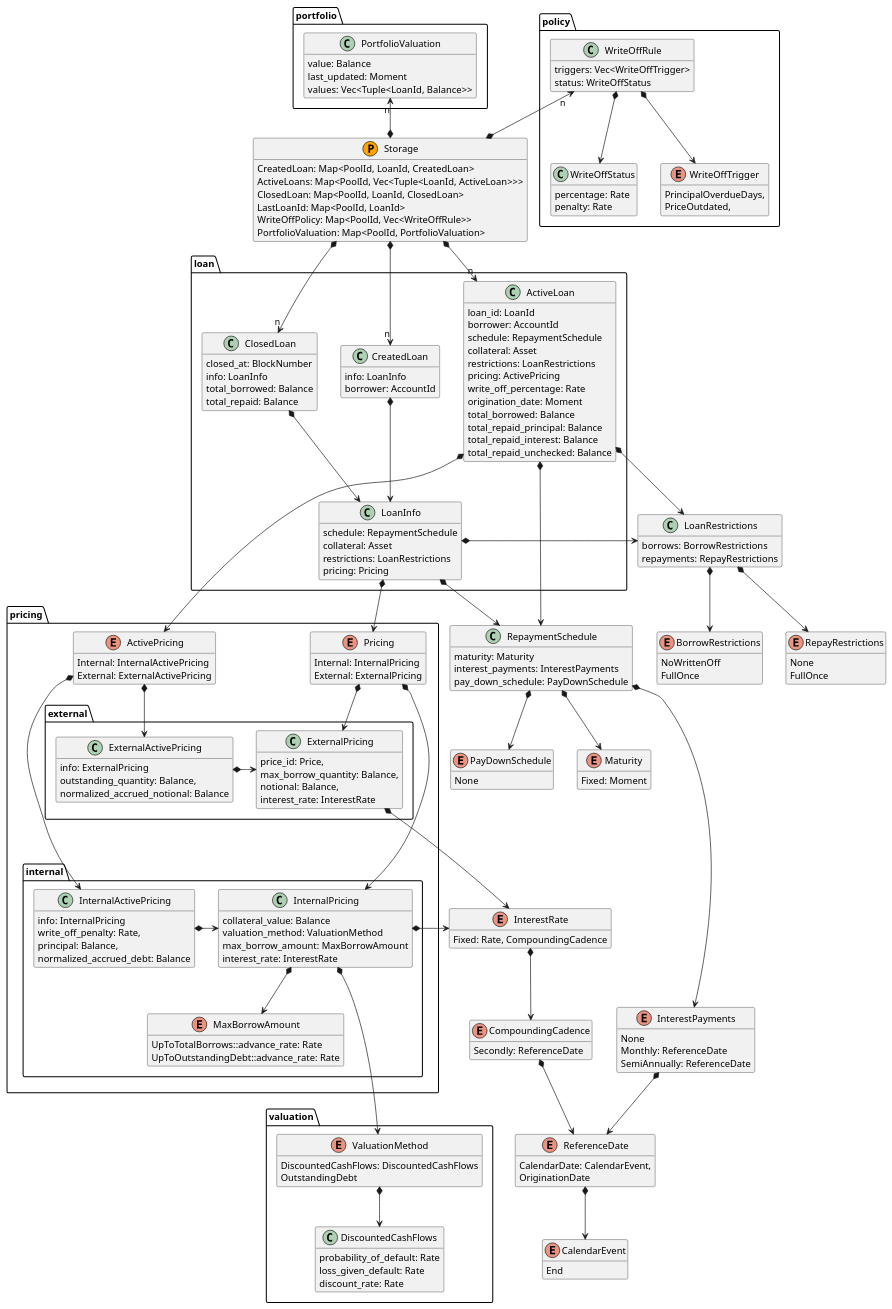
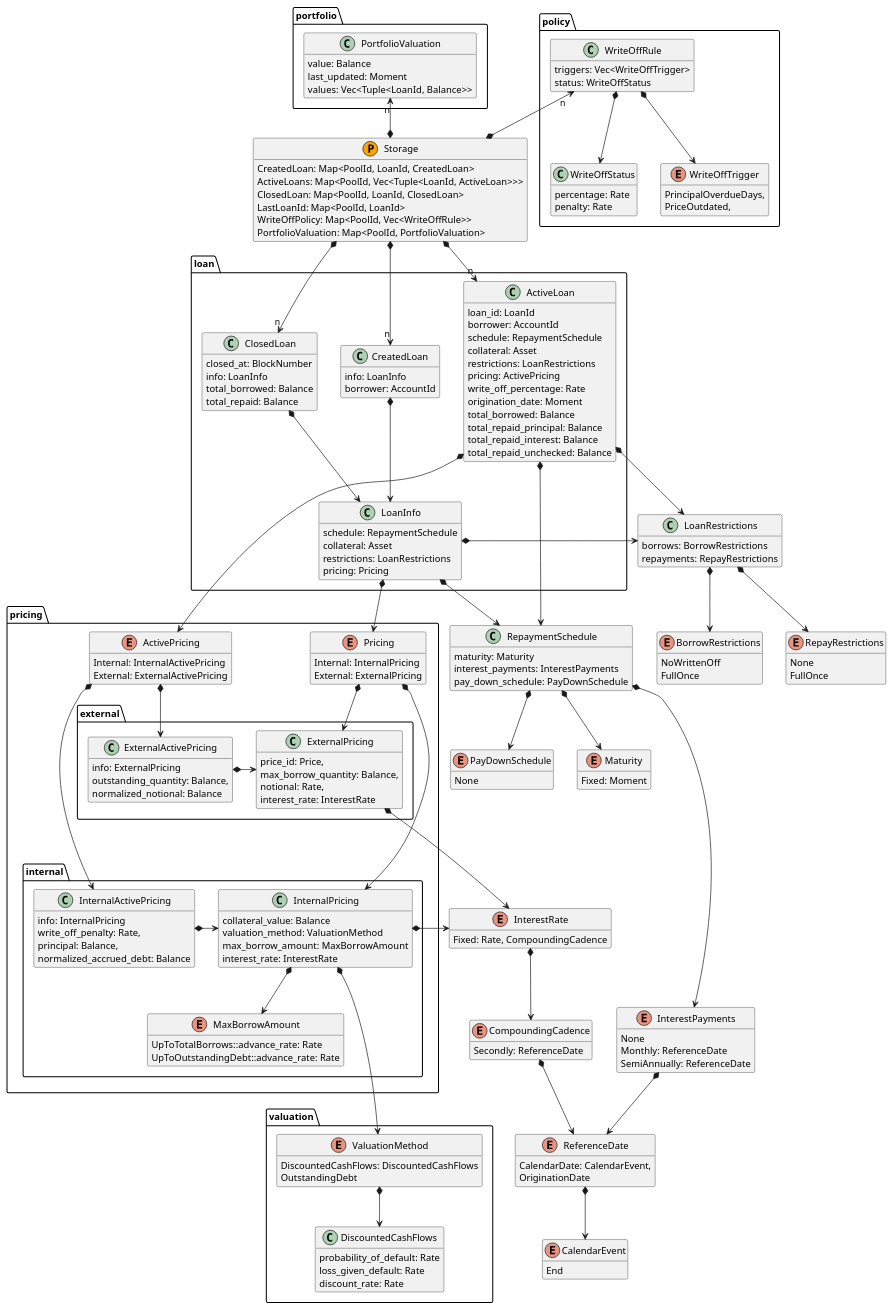
One commit to centrifuge/centrifuge-chain changed the diagram in pallets/loans/docs/types.md. Above: the diagram before and after it, drawn with PlantUML. The commit also changed 4 other files, not shown here.

```diff
--- a/pallets/loans/docs/types.md
+++ b/pallets/loans/docs/types.md
@@ -146,7 +146,7 @@
         class ExternalPricing {
             price_id: Price,
             max_borrow_quantity: Balance,
-            notional: Balance,
+            notional: Rate,
             interest_rate: InterestRate
         }
 
@@ -155,7 +155,7 @@
         class ExternalActivePricing {
             info: ExternalPricing
             outstanding_quantity: Balance,
-            normalized_accrued_notional: Balance
+            normalized_notional: Balance
         }
     }
 
```
